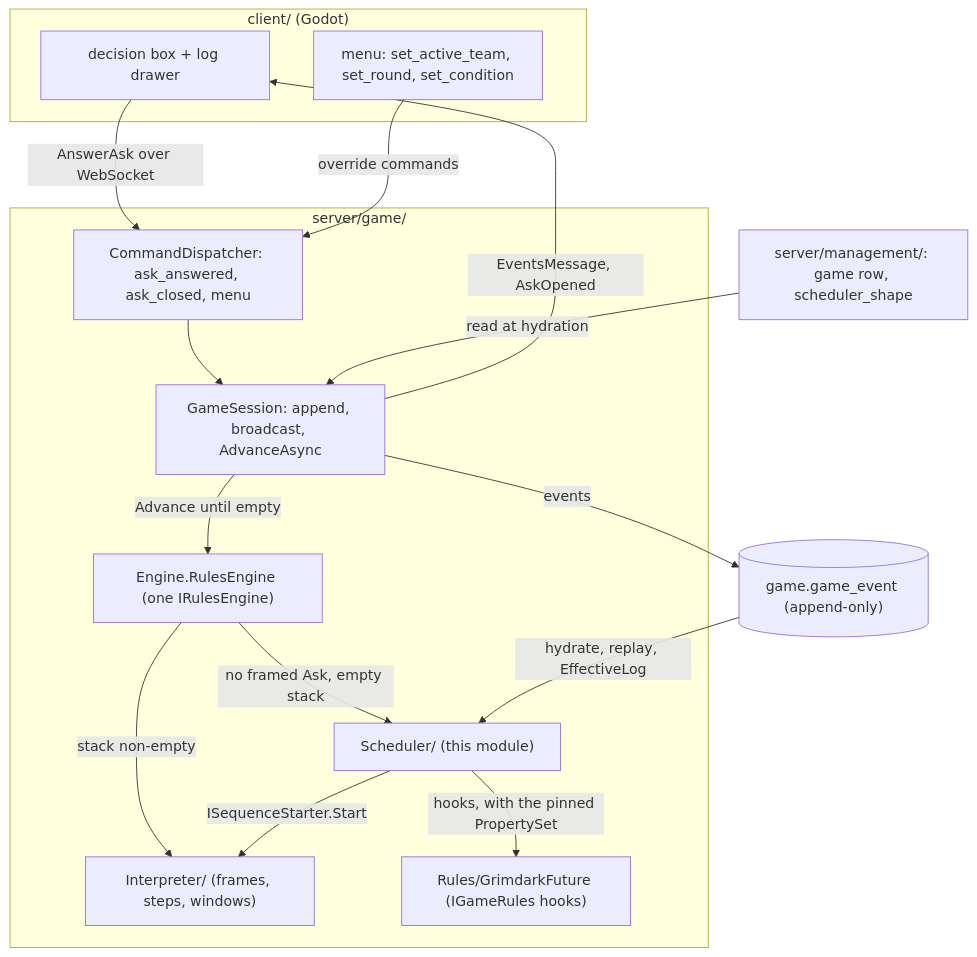
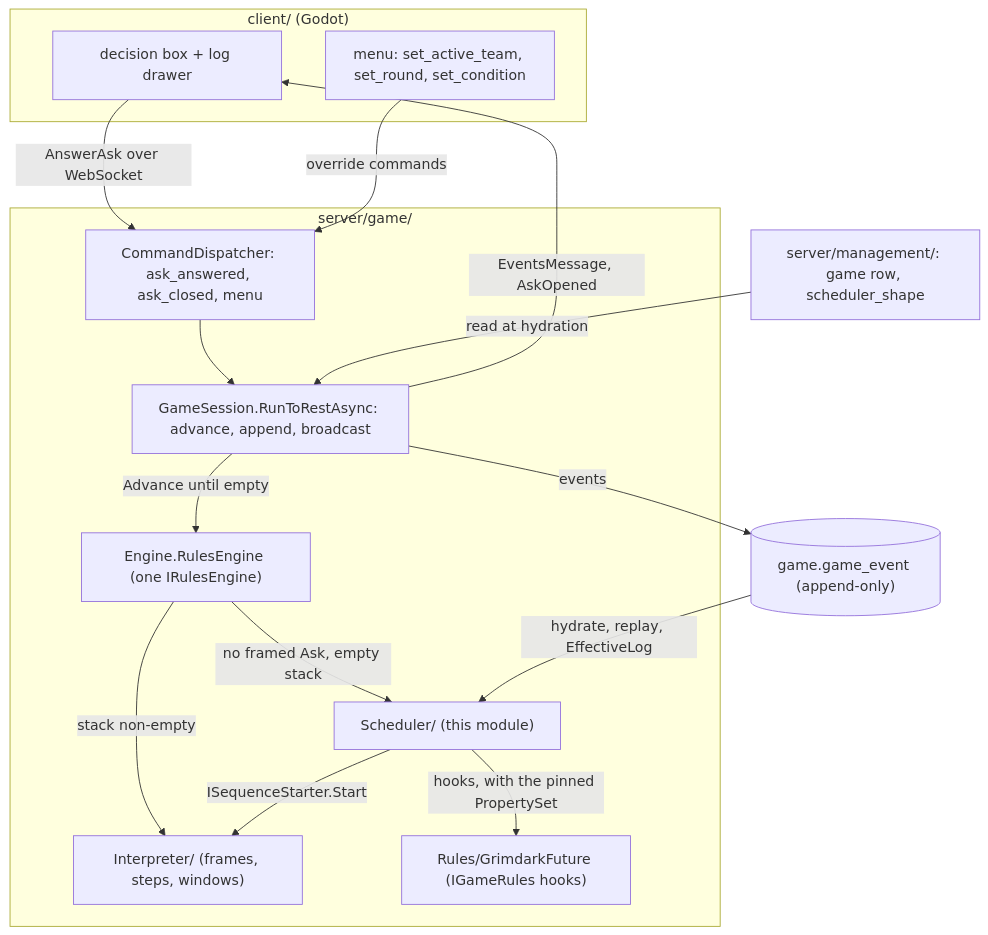
Before and after one commit to cstupi/tabletop: the first of 10 diagrams in docs/design/scheduler/design.md, drawn with Mermaid. The commit also changed other lines of this file and 3 other files, not shown here.

First line of the commit message:
Game server docs: the write path is one append per command

````diff
--- a/docs/design/scheduler/design.md
+++ b/docs/design/scheduler/design.md
@@ -68,30 +68,30 @@
 ```mermaid
 flowchart TD
     subgraph client["client/ (Godot)"]
         Panel["decision box + log drawer"]
         Menu["menu: set_active_team, set_round, set_condition"]
     end
     subgraph gameserver["server/game/"]
-        Session["GameSession: append, broadcast, AdvanceAsync"]
+        Session["GameSession.RunToRestAsync: advance, append, broadcast"]
         Dispatcher["CommandDispatcher: ask_answered, ask_closed, menu"]
         Engine["Engine.RulesEngine (one IRulesEngine)"]
         Sched["Scheduler/ (this module)"]
         Interp["Interpreter/ (frames, steps, windows)"]
         Rules["Rules/GrimdarkFuture (IGameRules hooks)"]
     end
     Log[("game.game_event (append-only)")]
     Mgmt["server/management/: game row, scheduler_shape"]
 
     Panel -->|"AnswerAsk over WebSocket"| Dispatcher
     Menu -->|"override commands"| Dispatcher
     Dispatcher --> Session
     Session -->|"Advance until empty"| Engine
     Engine -->|"no framed Ask, empty stack"| Sched
     Engine -->|"stack non-empty"| Interp
     Sched -->|"ISequenceStarter.Start"| Interp
     Sched -->|"hooks, with the pinned PropertySet"| Rules
     Session -->|"events"| Log
     Log -->|"hydrate, replay, EffectiveLog"| Sched
     Mgmt -->|"read at hydration"| Session
     Session -->|"EventsMessage, AskOpened"| Panel
 ```
````
